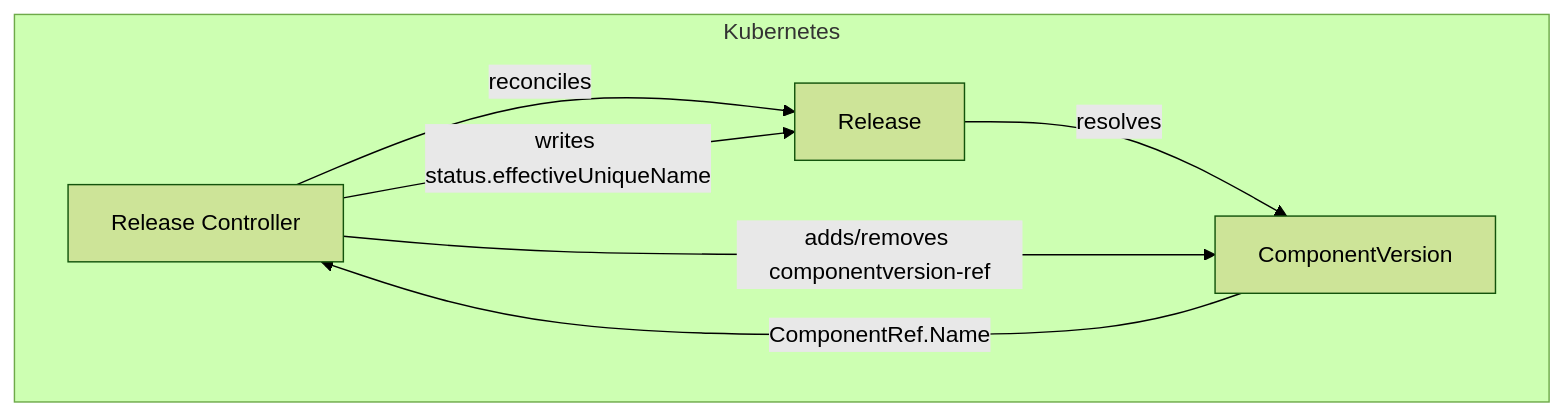
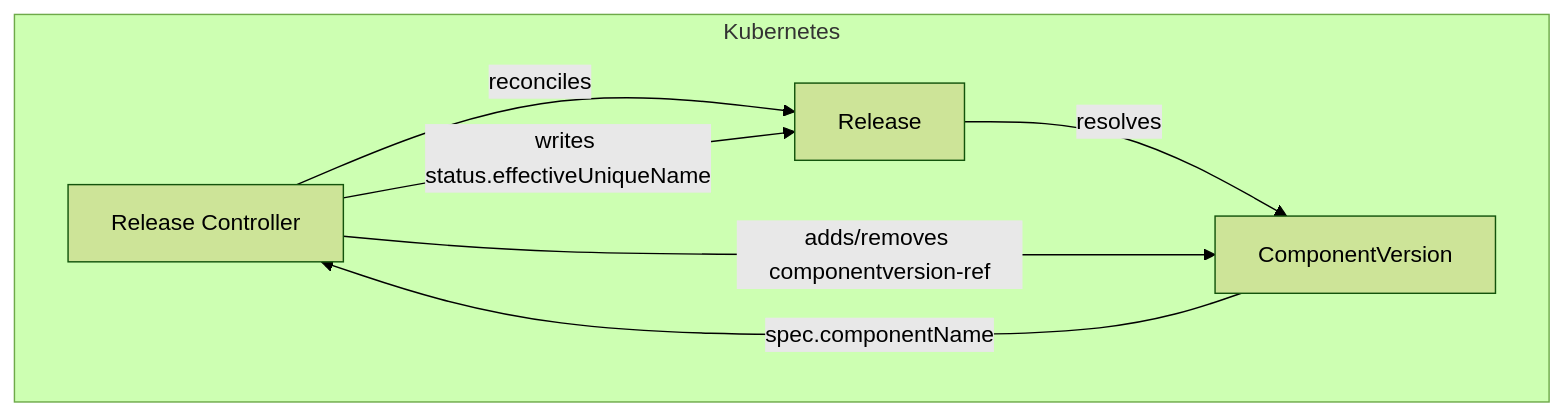
One commit to opendefensecloud/solution-arsenal changed the first of 3 diagrams in docs/developer-guide/release_controller.md. Above: the diagram before and after it, drawn with Mermaid (forest theme). The commit also changed other lines of this file and 99 other files, not shown here.

````diff
--- a/docs/developer-guide/release_controller.md
+++ b/docs/developer-guide/release_controller.md
@@ -13,14 +13,14 @@
 ```mermaid
 flowchart TD
     subgraph Kubernetes
         Ctrl[Release Controller]
         Rel[Release]
         CV[ComponentVersion]
     end
 
     Ctrl -->|reconciles| Rel
     Rel -->|resolves| CV
-    CV -->|ComponentRef.Name| Ctrl
+    CV -->|spec.componentName| Ctrl
     Ctrl -->|writes status.effectiveUniqueName| Rel
     Ctrl -->|adds/removes componentversion-ref| CV
 ```
````
